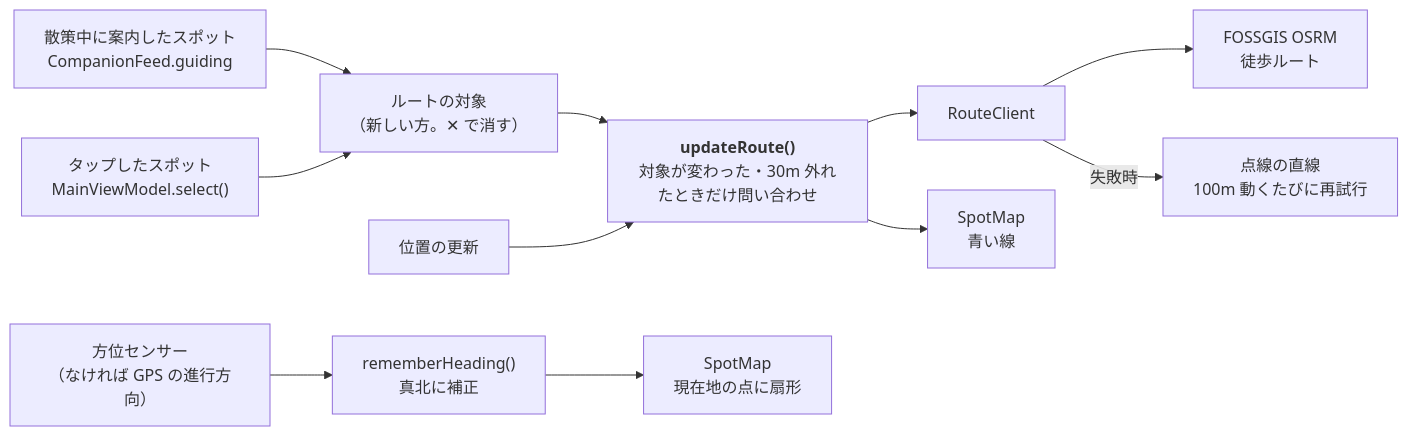
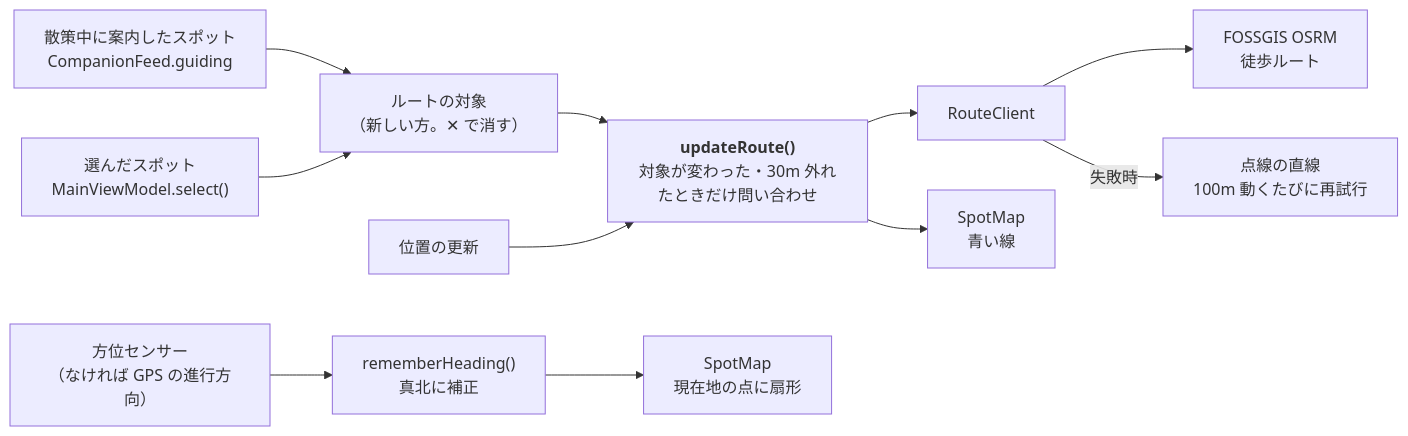
One commit to duwenji/yorisoi-sanpoguide changed the sixth of 8 diagrams in docs/architecture.md. Above: the diagram before and after it, drawn with Mermaid. The commit also changed other lines of this file and 9 other files, not shown here.

````diff
--- a/docs/architecture.md
+++ b/docs/architecture.md
@@ -191,13 +192,13 @@
 ```mermaid
 flowchart LR
   Guided["散策中に案内したスポット<br/>CompanionFeed.guiding"] --> Target
-  Tapped["タップしたスポット<br/>MainViewModel.select()"] --> Target
+  Tapped["選んだスポット<br/>MainViewModel.select()"] --> Target
   Target["ルートの対象<br/>（新しい方。✕ で消す）"] --> Update
   Loc["位置の更新"] --> Update
   Update["<b>updateRoute()</b><br/>対象が変わった・30m 外れたときだけ問い合わせ"] --> RouteClient["RouteClient"]
   RouteClient --> OSRM["FOSSGIS OSRM<br/>徒歩ルート"]
   RouteClient -- "失敗時" --> Straight["点線の直線<br/>100m 動くたびに再試行"]
   Update --> Map["SpotMap<br/>青い線"]
   Sensor["方位センサー<br/>（なければ GPS の進行方向）"] --> Heading["rememberHeading()<br/>真北に補正"]
   Heading --> Map2["SpotMap<br/>現在地の点に扇形"]
 ```
````
